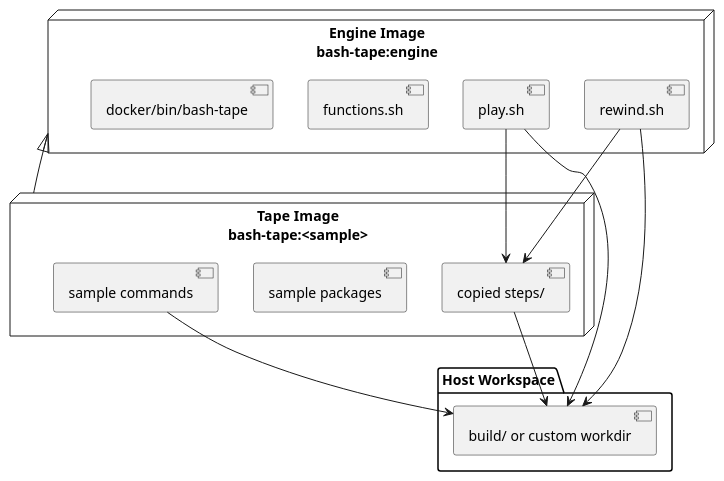
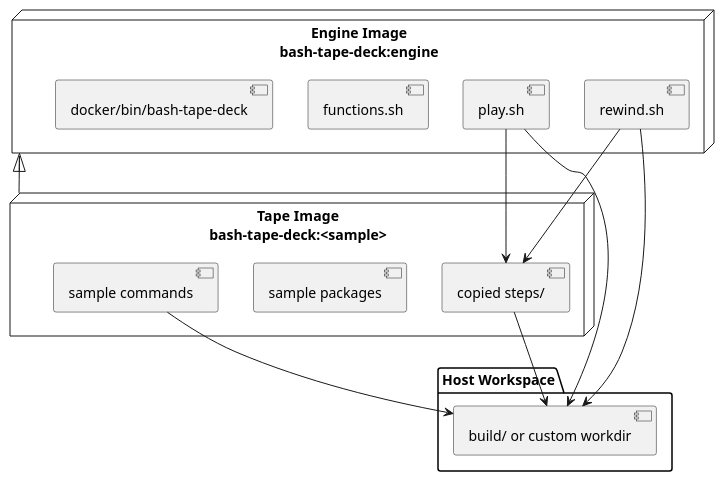
Before and after one commit to paulojeronimo/bash-tape-deck: the diagram in diagrams/architecture-docker.puml, drawn with PlantUML. The commit also changed 23 other files, not shown here.

```diff
--- a/diagrams/architecture-docker.puml
+++ b/diagrams/architecture-docker.puml
@@ -1,30 +1,30 @@
 @startuml
 skinparam monochrome true
 skinparam shadowing false
 skinparam packageStyle rectangle
 
-node "Engine Image\nbash-tape:engine" {
+node "Engine Image\nbash-tape-deck:engine" {
   [play.sh]
   [rewind.sh]
   [functions.sh]
-  [docker/bin/bash-tape]
+  [docker/bin/bash-tape-deck]
 }
 
-node "Tape Image\nbash-tape:<sample>" {
+node "Tape Image\nbash-tape-deck:<sample>" {
   [copied steps/]
   [sample packages]
   [sample commands]
 }
 
 folder "Host Workspace" {
   [build/ or custom workdir]
 }
 
 [play.sh] --> [copied steps/]
 [rewind.sh] --> [copied steps/]
 [sample commands] --> [build/ or custom workdir]
 [copied steps/] --> [build/ or custom workdir]
 [play.sh] --> [build/ or custom workdir]
 [rewind.sh] --> [build/ or custom workdir]
-[Engine Image\nbash-tape:engine] <|-- [Tape Image\nbash-tape:<sample>]
+[Engine Image\nbash-tape-deck:engine] <|-- [Tape Image\nbash-tape-deck:<sample>]
 @enduml
```
